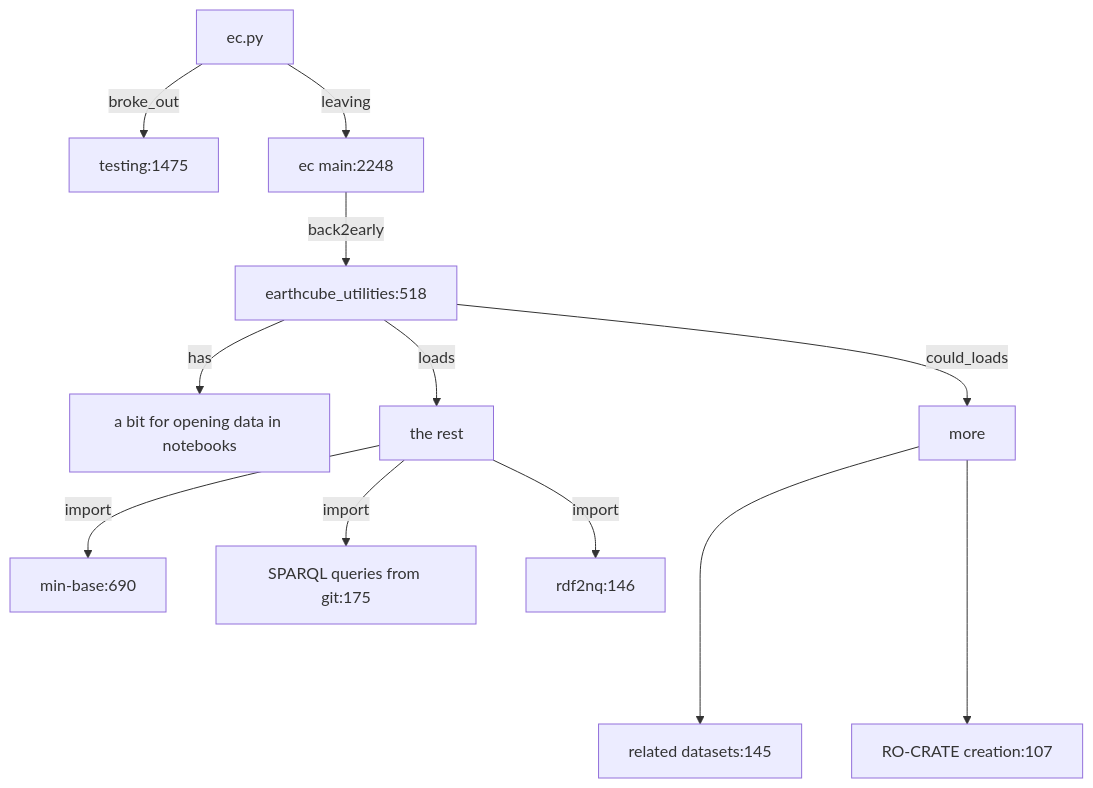
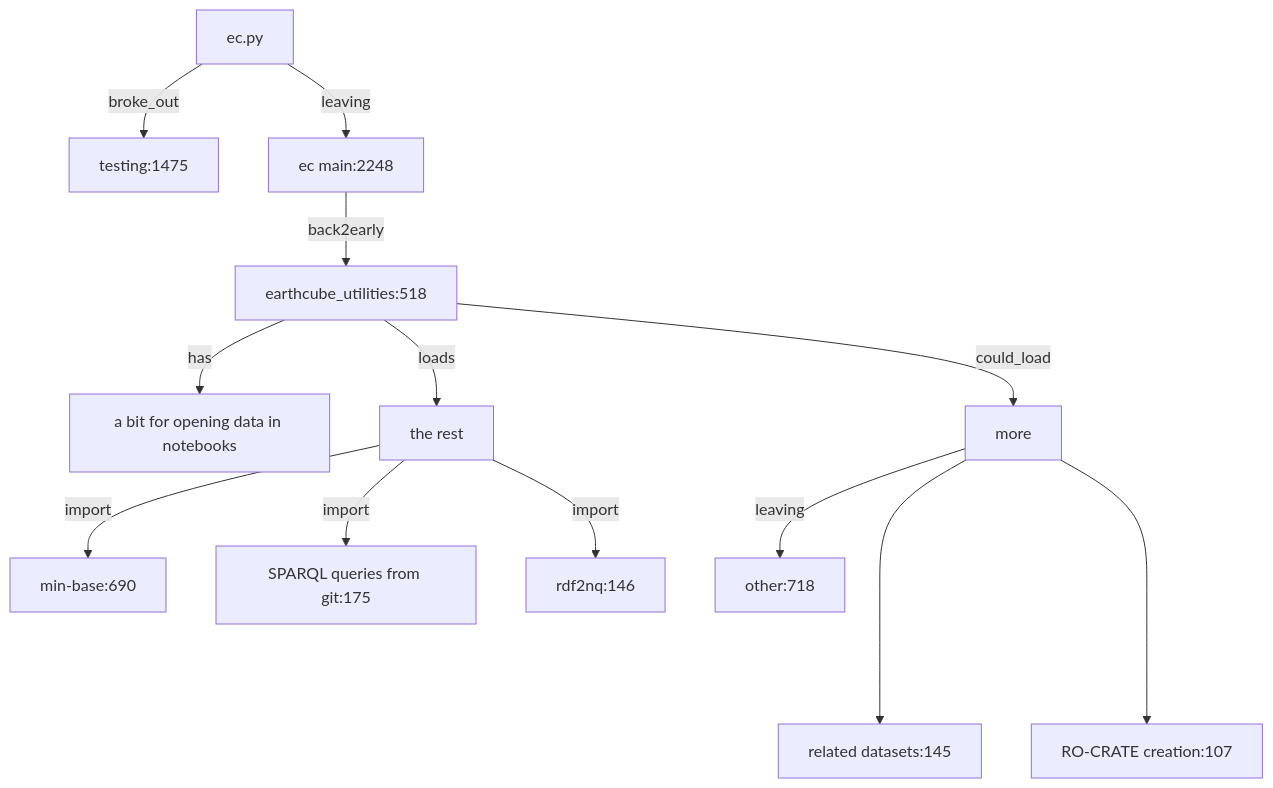
One commit to earthcube/earthcube_utilities changed the diagram in earthcube_utilities/src/ec/breakdown.md. Above: the diagram before and after it, drawn with Mermaid.

Commit message:
Update breakdown.md
ec=ec2+ect have 4 files here=1530 &maybe-load: 252, from ec2:2248 leaves ~= 718 other/msc

````diff
--- a/earthcube_utilities/src/ec/breakdown.md
+++ b/earthcube_utilities/src/ec/breakdown.md
@@ -7,13 +7,14 @@
 ```mermaid
 flowchart TD;
 EC[ec.py] -- broke_out --> T[testing:1475];
 EC -- leaving --> ec2[ec main:2248];
 ec2 -- back2early --> U[earthcube_utilities:518]  -- has --> R[a bit for opening data in notebooks];
 U -- loads --> TR[the rest]
 TR -- import --> MB[min-base:690];
 TR -- import --> query[SPARQL queries from git:175];
 TR -- import --> R2[rdf2nq:146];
-U -- could_loads --> TR2[more];
+U -- could_load --> TR2[more];
 TR2 ----> RD[related datasets:145];
 TR2 ----> RC[RO-CRATE creation:107];
+TR2 -- leaving --> o[other:718]
 ``` 
````
